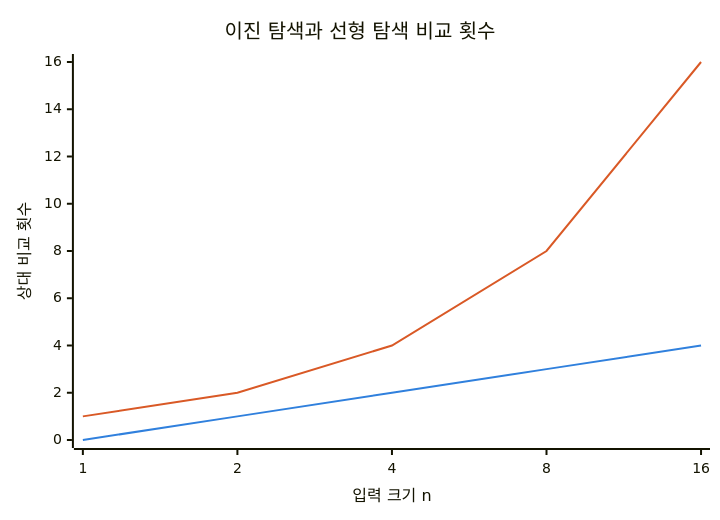
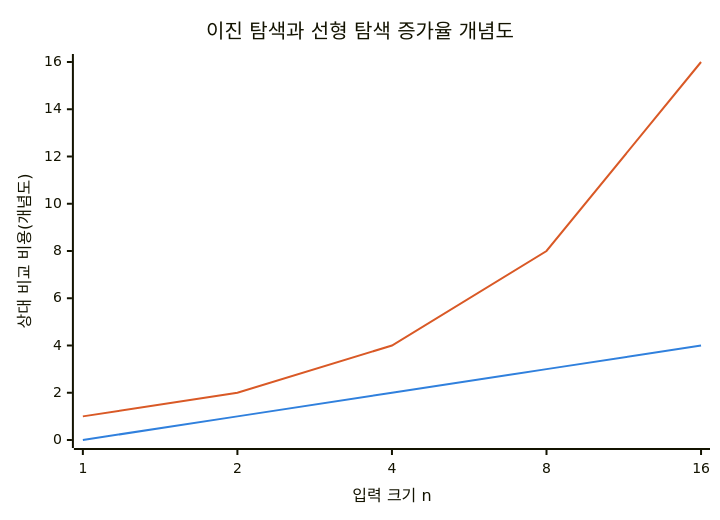
Before and after one commit to agnusdei1207/knowledge-base: the first of 3 diagrams in src/content/docs/notes/01-basic-theory/004_binary_search.md, drawn with Mermaid. The commit also changed other lines of this file and 16 other files, not shown here.

````diff
--- a/src/content/docs/notes/01-basic-theory/004_binary_search.md
+++ b/src/content/docs/notes/01-basic-theory/004_binary_search.md
@@ -49,9 +50,9 @@
 ```mermaid
 %%{init: {"themeVariables": {"xyChart": {"plotColorPalette": "#3080dd, #d95926"}}} }%%
 xychart-beta
-    title "이진 탐색과 선형 탐색 비교 횟수"
+    title "이진 탐색과 선형 탐색 증가율 개념도"
     x-axis "입력 크기 n" [1, 2, 4, 8, 16]
-    y-axis "상대 비교 횟수" 0 --> 16
+    y-axis "상대 비교 비용(개념도)" 0 --> 16
     line [0, 1, 2, 3, 4]
     line [1, 2, 4, 8, 16]
 ```
````
